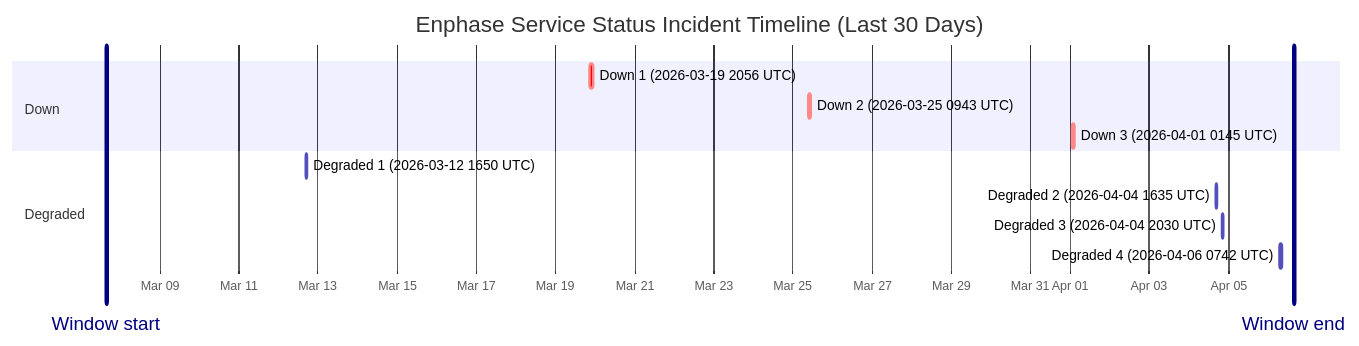
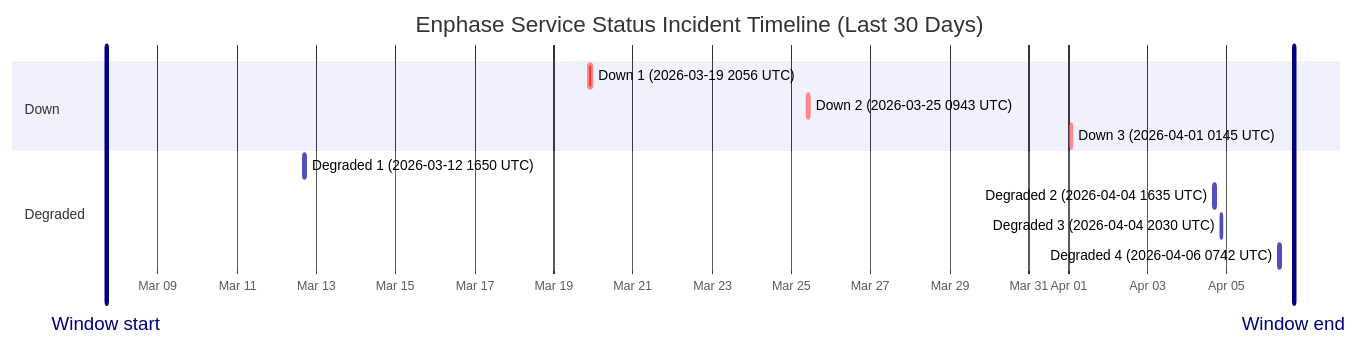
The diagram in wiki/Service-Status-History.md (barneyonline/ha-enphase-ev-charger), drawn with Mermaid before and after one commit. The commit also changed other lines of this file and 3 other files, not shown here.

````diff
--- a/wiki/Service-Status-History.md
+++ b/wiki/Service-Status-History.md
@@ -14,17 +14,17 @@
 ```mermaid
 gantt
     title Enphase Service Status Incident Timeline (Last 30 Days)
     dateFormat  YYYY-MM-DDTHH:mm:ss
     axisFormat  %b %d
-    Window start :vert, window-start, 2026-03-07T15:45:07, 0ms
-    Window end :vert, window-end, 2026-04-06T15:45:07, 0ms
+    Window start :vert, window-start, 2026-03-07T16:45:52, 0ms
+    Window end :vert, window-end, 2026-04-06T16:45:52, 0ms
     section Down
     Down 1 (2026-03-19 2056 UTC) :crit, down-1, 2026-03-19T20:56:20, 145m
     Down 2 (2026-03-25 0943 UTC) :crit, down-2, 2026-03-25T09:43:28, 111m
     Down 3 (2026-04-01 0145 UTC) :crit, down-3, 2026-04-01T01:45:09, 60m
     section Degraded
     Degraded 1 (2026-03-12 1650 UTC) :active, degraded-1, 2026-03-12T16:50:43, 60m
     Degraded 2 (2026-04-04 1635 UTC) :active, degraded-2, 2026-04-04T16:35:17, 60m
     Degraded 3 (2026-04-04 2030 UTC) :active, degraded-3, 2026-04-04T20:30:40, 60m
     Degraded 4 (2026-04-06 0742 UTC) :active, degraded-4, 2026-04-06T07:42:09, 85m
 ```
````
